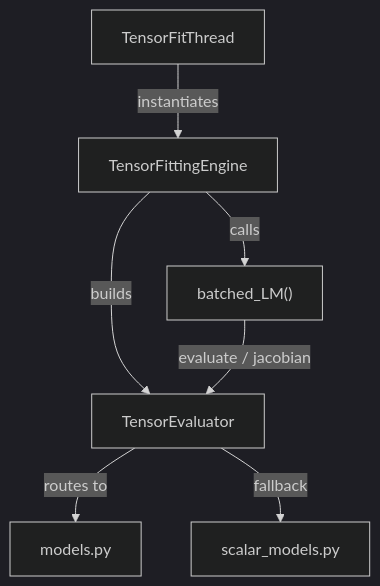
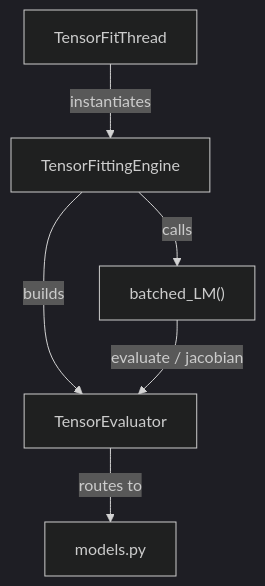
One commit to CEA-MetroCarac/SPECTROview changed the first of 3 diagrams in docs/developer/tensor-engine.md. Above: the diagram before and after it, drawn with Mermaid (dark theme). The commit also changed other lines of this file and 17 other files, not shown here.

````diff
--- a/docs/developer/tensor-engine.md
+++ b/docs/developer/tensor-engine.md
@@ -61,9 +61,8 @@
 ```mermaid
 graph TD
     TFT["TensorFitThread"] -->|"instantiates"| TE["TensorFittingEngine"]
     TE -->|"builds"| EV["TensorEvaluator"]
     TE -->|"calls"| OPT["batched_LM()"]
     EV -->|"routes to"| MOD["models.py"]
-    EV -->|"fallback"| SM["scalar_models.py"]
     OPT -->|"evaluate / jacobian"| EV
 ```
````
